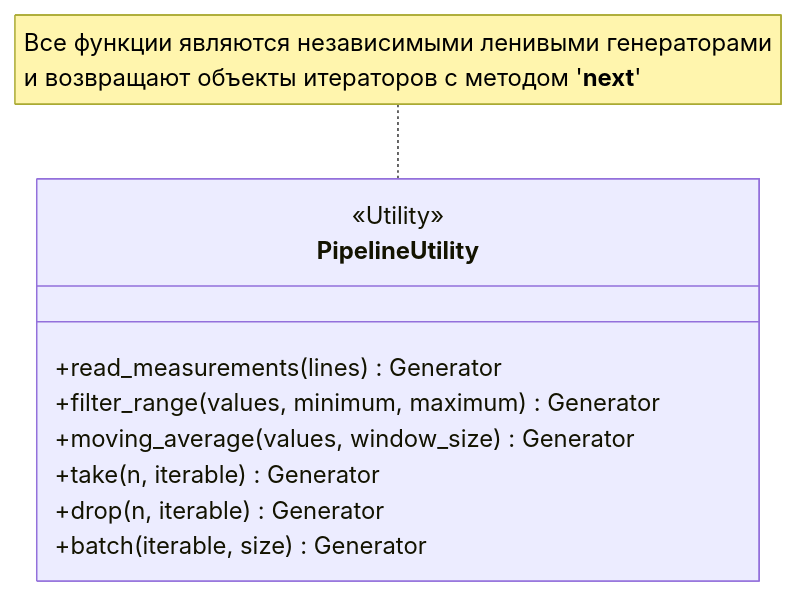
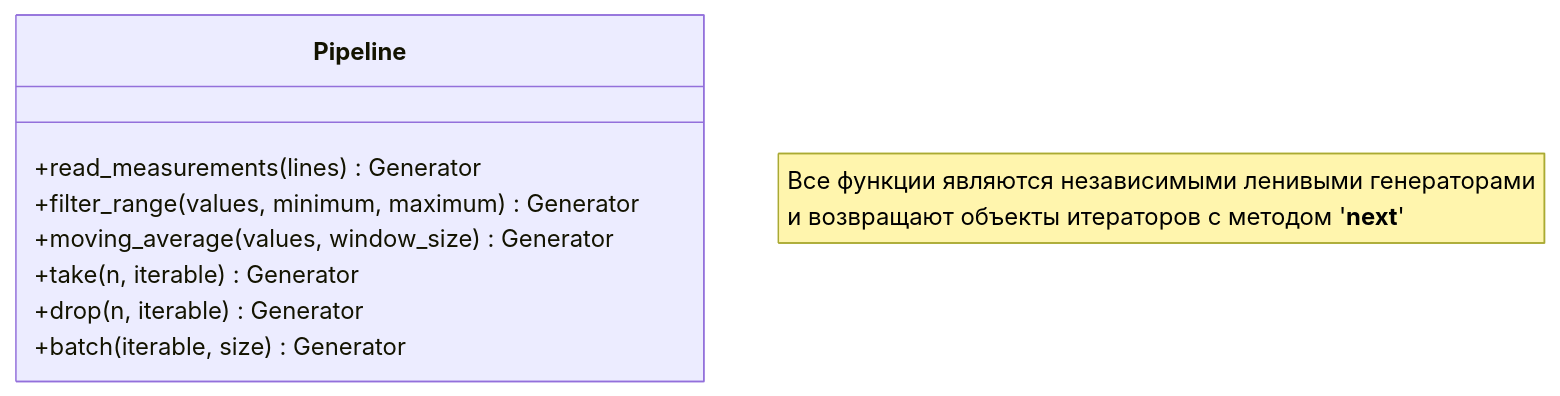
One commit to lizrd3352/labs_fop changed the second of 2 diagrams in solutions/lab_4/REPORT.md. Above: the diagram before and after it, drawn with Mermaid.

````diff
--- a/solutions/lab_4/REPORT.md
+++ b/solutions/lab_4/REPORT.md
@@ -325,14 +325,13 @@
 ```mermaid
 classDiagram
-    class PipelineUtility {
-        <<Utility>>
+    class Pipeline {
         +read_measurements(lines) Generator
         +filter_range(values, minimum, maximum) Generator
         +moving_average(values, window_size) Generator
         +take(n, iterable) Generator
         +drop(n, iterable) Generator
         +batch(iterable, size) Generator
     }
     
     note for PipelineUtility "Все функции являются независимыми ленивыми генераторами<br/>и возвращают объекты итераторов с методом '__next__'"
 ```
````
